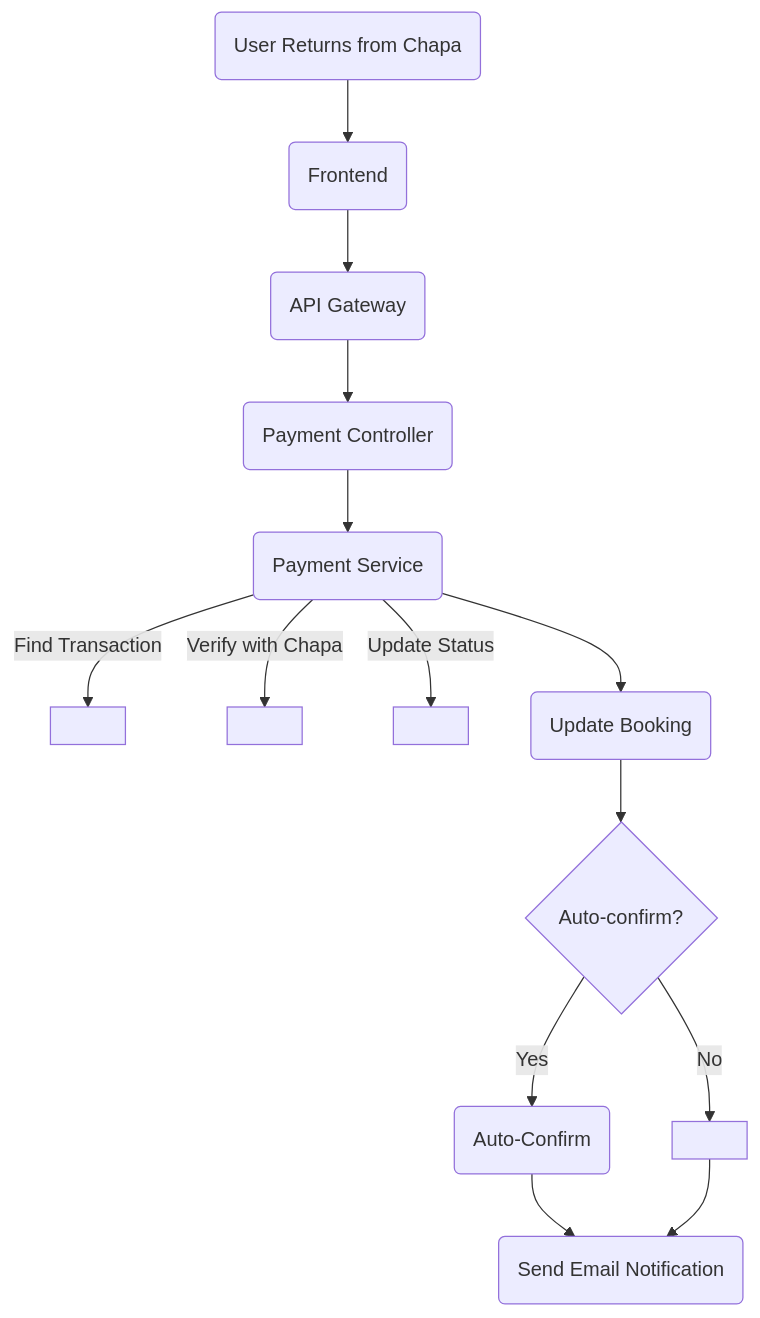
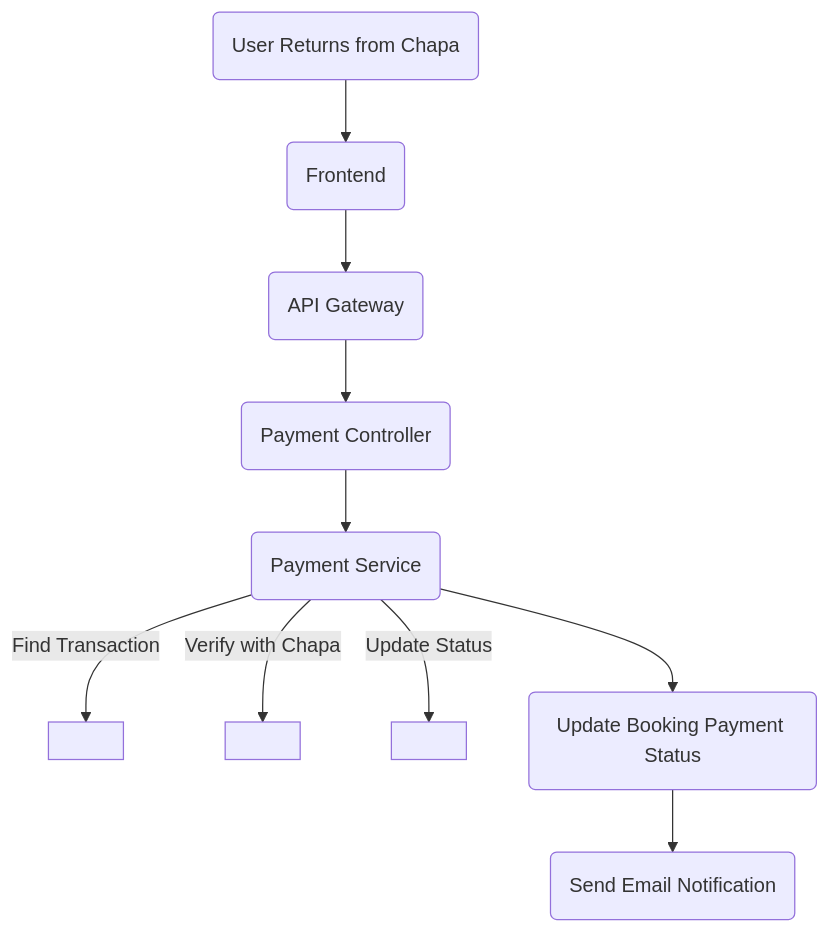
Before and after one commit to ephrem-ketachew/habesha-ride: the fourth of 11 diagrams in PAYMENT_ARCHITECTURE.md, drawn with Mermaid. The commit also changed other lines of this file and 5 other files, not shown here.

First line of the commit message:
fix: prevent payment until booking is confirmed by owner

````diff
--- a/PAYMENT_ARCHITECTURE.md
+++ b/PAYMENT_ARCHITECTURE.md
@@ -223,14 +223,10 @@
 ```mermaid
 flowchart TD
   V1(User Returns from Chapa) --> V2(Frontend) --> V3(API Gateway) --> V4(Payment Controller)
   V4 --> V5(Payment Service)
   V5 -->|"Find Transaction"| V51[ ]
   V5 -->|"Verify with Chapa"| V52[ ]
   V5 -->|"Update Status"| V53[ ]
-  V5 --> V6(Update Booking)
-  V6 --> V7{"Auto-confirm?"}
-  V7 -- Yes --> V8(Auto-Confirm)
-  V7 -- No --> V9[ ]
-  V8 --> V10(Send Email Notification)
-  V9 --> V10
+  V5 --> V6(Update Booking Payment Status)
+  V6 --> V10(Send Email Notification)
 ```
````
